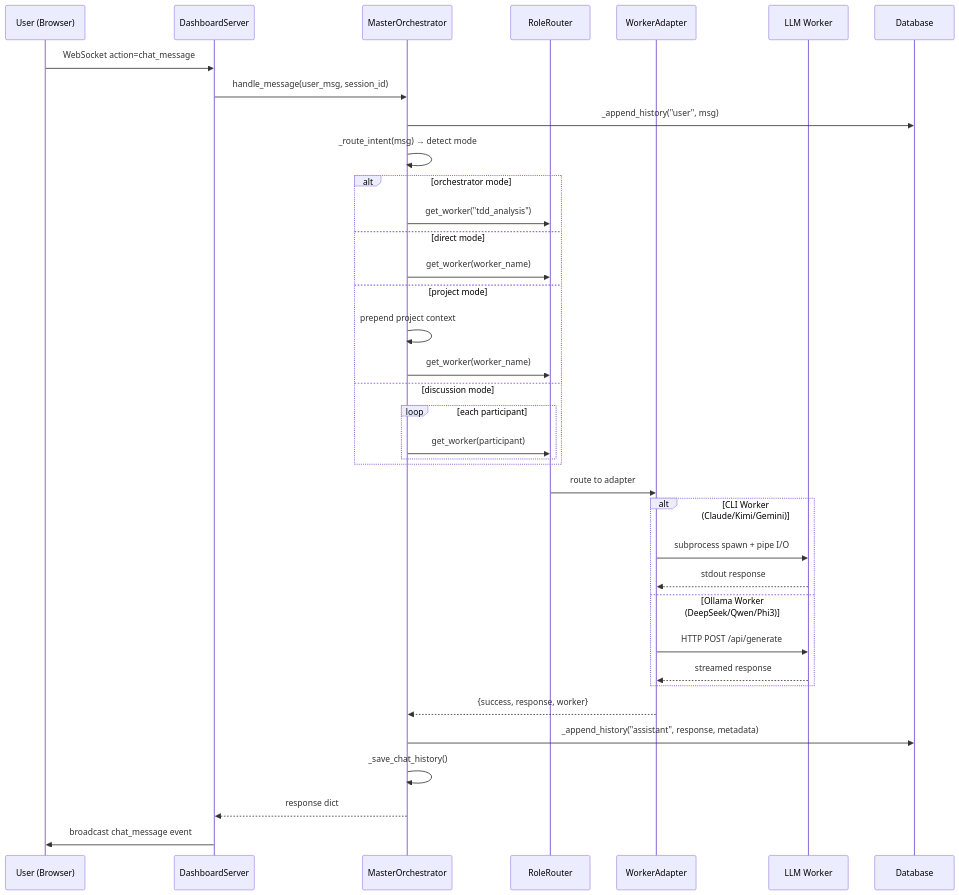
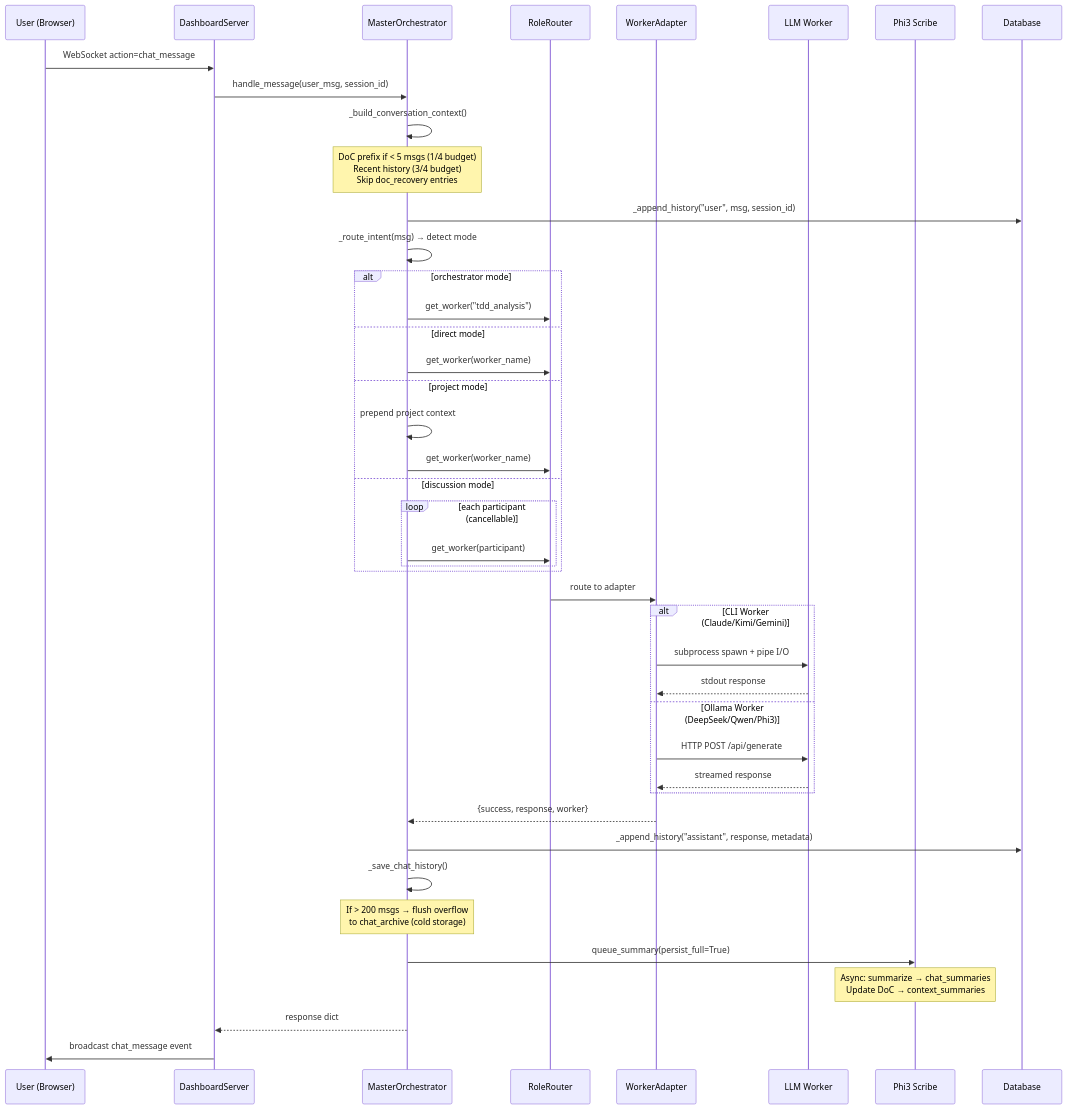
One commit to ai-meharbnsingh/llms_together changed the fourth of 14 diagrams in DaC_diagram.md. Above: the diagram before and after it, drawn with Mermaid. The commit also changed other lines of this file and 22 other files, not shown here.

````diff
--- a/DaC_diagram.md
+++ b/DaC_diagram.md
@@ -176,44 +291,50 @@
 ```mermaid
 sequenceDiagram
     participant U as User (Browser)
     participant DS as DashboardServer
     participant MO as MasterOrchestrator
     participant RR as RoleRouter
     participant WA as WorkerAdapter
     participant LLM as LLM Worker
+    participant P3 as Phi3 Scribe
     participant DB as Database
 
     U->>DS: WebSocket action=chat_message
     DS->>MO: handle_message(user_msg, session_id)
-    MO->>DB: _append_history("user", msg)
+    MO->>MO: _build_conversation_context()
+    note over MO: DoC prefix if < 5 msgs (1/4 budget)<br/>Recent history (3/4 budget)<br/>Skip doc_recovery entries
+    MO->>DB: _append_history("user", msg, session_id)
     MO->>MO: _route_intent(msg) → detect mode
 
     alt orchestrator mode
         MO->>RR: get_worker("tdd_analysis")
     else direct mode
         MO->>RR: get_worker(worker_name)
     else project mode
         MO->>MO: prepend project context
         MO->>RR: get_worker(worker_name)
     else discussion mode
-        loop each participant
+        loop each participant (cancellable)
             MO->>RR: get_worker(participant)
         end
     end
 
     RR->>WA: route to adapter
 
     alt CLI Worker (Claude/Kimi/Gemini)
         WA->>LLM: subprocess spawn + pipe I/O
         LLM-->>WA: stdout response
     else Ollama Worker (DeepSeek/Qwen/Phi3)
         WA->>LLM: HTTP POST /api/generate
         LLM-->>WA: streamed response
     end
 
     WA-->>MO: {success, response, worker}
     MO->>DB: _append_history("assistant", response, metadata)
     MO->>MO: _save_chat_history()
+    note over MO: If > 200 msgs → flush overflow<br/>to chat_archive (cold storage)
+    MO->>P3: queue_summary(persist_full=True)
+    note over P3: Async: summarize → chat_summaries<br/>Update DoC → context_summaries
     MO-->>DS: response dict
     DS->>U: broadcast chat_message event
 ```
````
